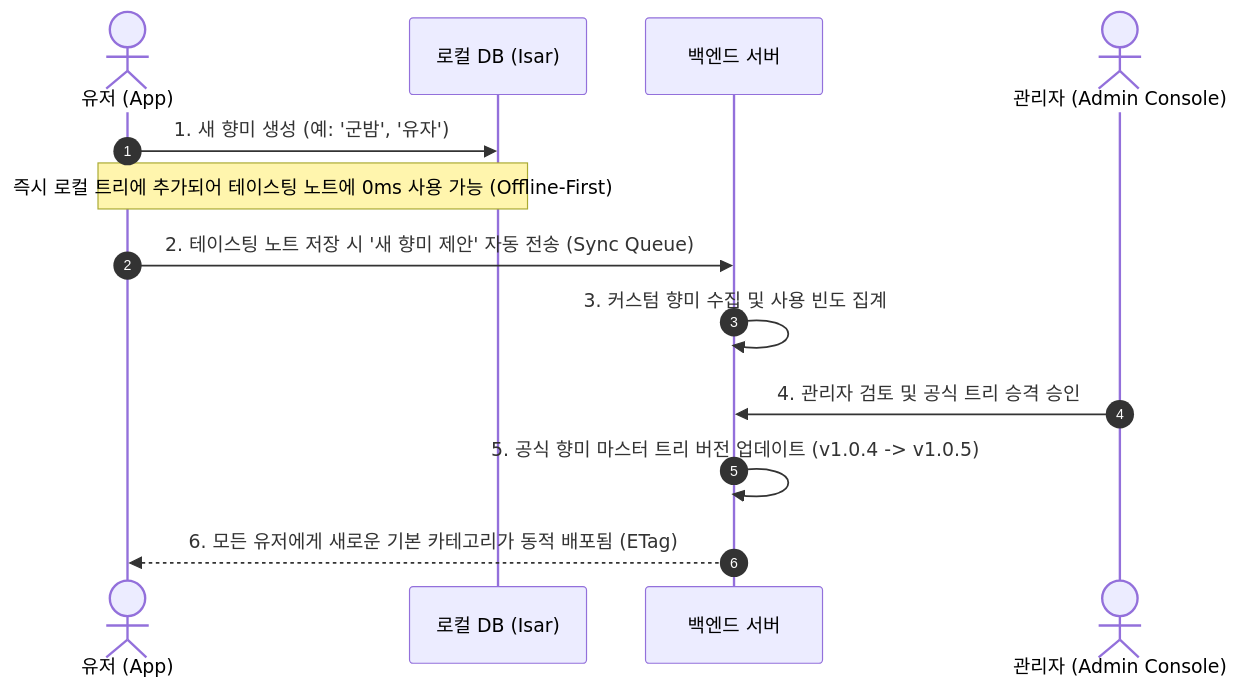
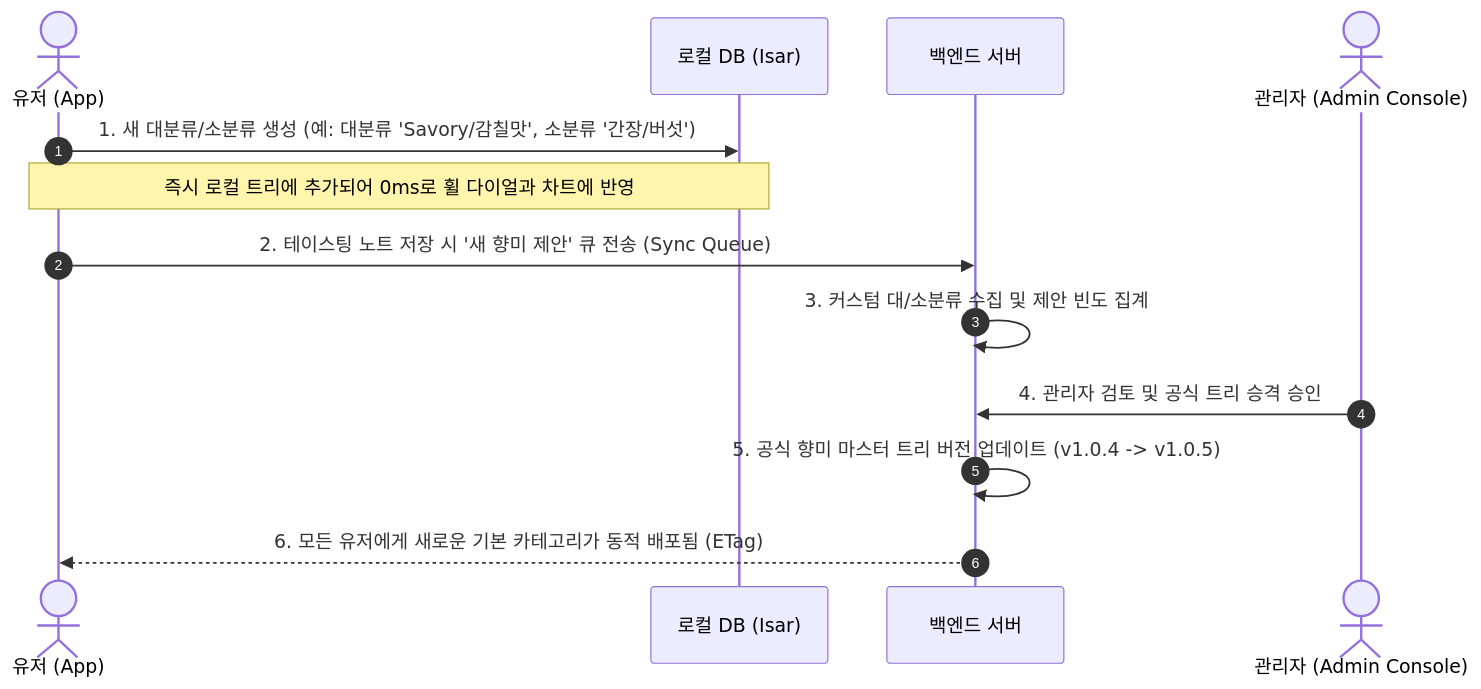
Before and after one commit to chanhooop/FlavorWheel: the third of 5 diagrams in README.md, drawn with Mermaid. The commit also changed other lines of this file and 1 other file, not shown here.

Commit message:
feat: 10점 척도 섹터 내 소분류 분산 노드 차트, 원형 롤링 다이얼 캐러셀, 대/소분류 양방향 커스텀 생성 구현

````diff
--- a/README.md
+++ b/README.md
@@ -83,16 +110,16 @@
 ```mermaid
 sequenceDiagram
     autonumber
     actor User as 유저 (App)
     participant LocalDB as 로컬 DB (Isar)
     participant Server as 백엔드 서버
     actor Admin as 관리자 (Admin Console)
 
-    User->>LocalDB: 1. 새 향미 생성 (예: '군밤', '유자')
-    Note over User,LocalDB: 즉시 로컬 트리에 추가되어 테이스팅 노트에 0ms 사용 가능 (Offline-First)
-    User->>Server: 2. 테이스팅 노트 저장 시 '새 향미 제안' 자동 전송 (Sync Queue)
-    Server->>Server: 3. 커스텀 향미 수집 및 사용 빈도 집계
+    User->>LocalDB: 1. 새 대분류/소분류 생성 (예: 대분류 'Savory/감칠맛', 소분류 '간장/버섯')
+    Note over User,LocalDB: 즉시 로컬 트리에 추가되어 0ms로 휠 다이얼과 차트에 반영
+    User->>Server: 2. 테이스팅 노트 저장 시 '새 향미 제안' 큐 전송 (Sync Queue)
+    Server->>Server: 3. 커스텀 대/소분류 수집 및 제안 빈도 집계
     Admin->>Server: 4. 관리자 검토 및 공식 트리 승격 승인
     Server->>Server: 5. 공식 향미 마스터 트리 버전 업데이트 (v1.0.4 -> v1.0.5)
     Server-->>User: 6. 모든 유저에게 새로운 기본 카테고리가 동적 배포됨 (ETag)
 ```
````
